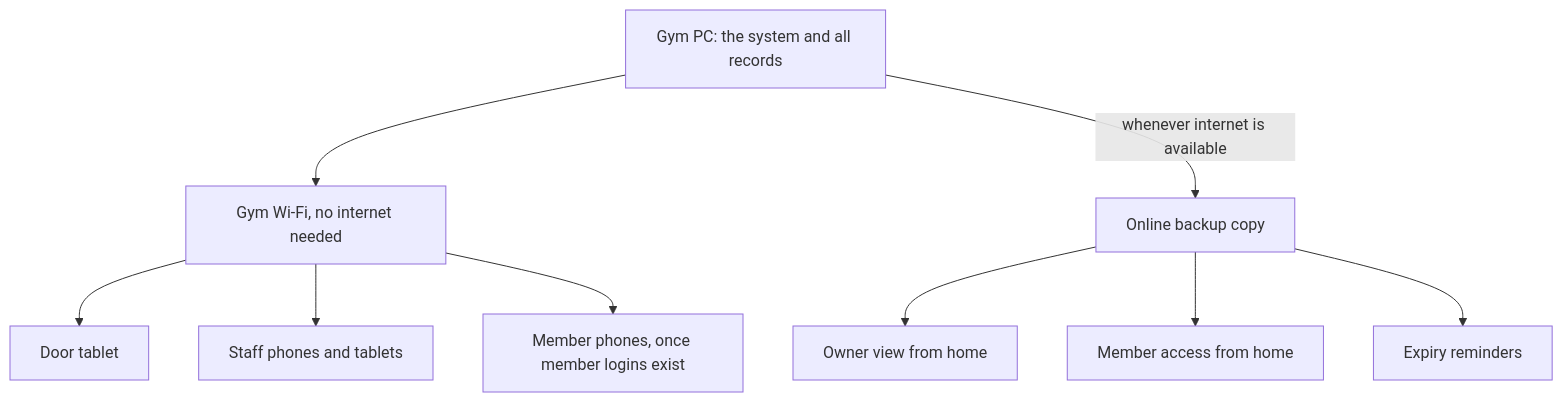
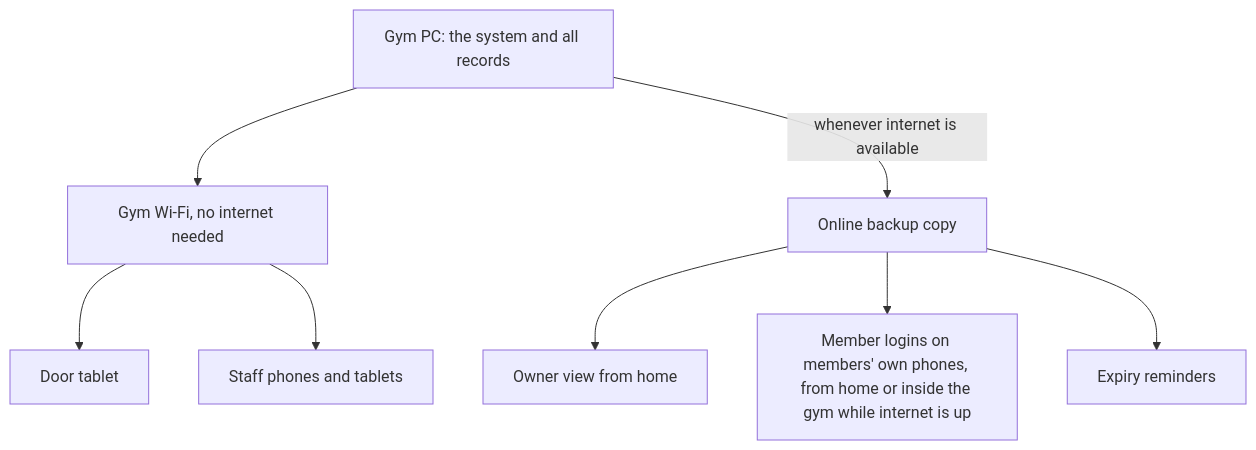
One commit to zealot-SEAlot/gym-mana-JEYO-ment changed the second of 8 diagrams in docs/plans/2026-09-15-0946-feat-jeyos-gym-management-system-plan.md. Above: the diagram before and after it, drawn with Mermaid. The commit also changed other lines of this file and 6 other files, not shown here.

````diff
--- a/docs/plans/2026-09-15-0946-feat-jeyos-gym-management-system-plan.md
+++ b/docs/plans/2026-09-15-0946-feat-jeyos-gym-management-system-plan.md
@@ -169,12 +171,11 @@
 ```mermaid
 flowchart TB
   PC["Gym PC: the system and all records"]
   PC --> W["Gym Wi-Fi, no internet needed"]
   W --> T["Door tablet"]
   W --> SP["Staff phones and tablets"]
-  W --> MP["Member phones, once member logins exist"]
   PC -->|"whenever internet is available"| C["Online backup copy"]
   C --> OH["Owner view from home"]
-  C --> MH["Member access from home"]
+  C --> MH["Member logins on members' own phones, from home or inside the gym while internet is up"]
   C --> RM["Expiry reminders"]
 ```
````
